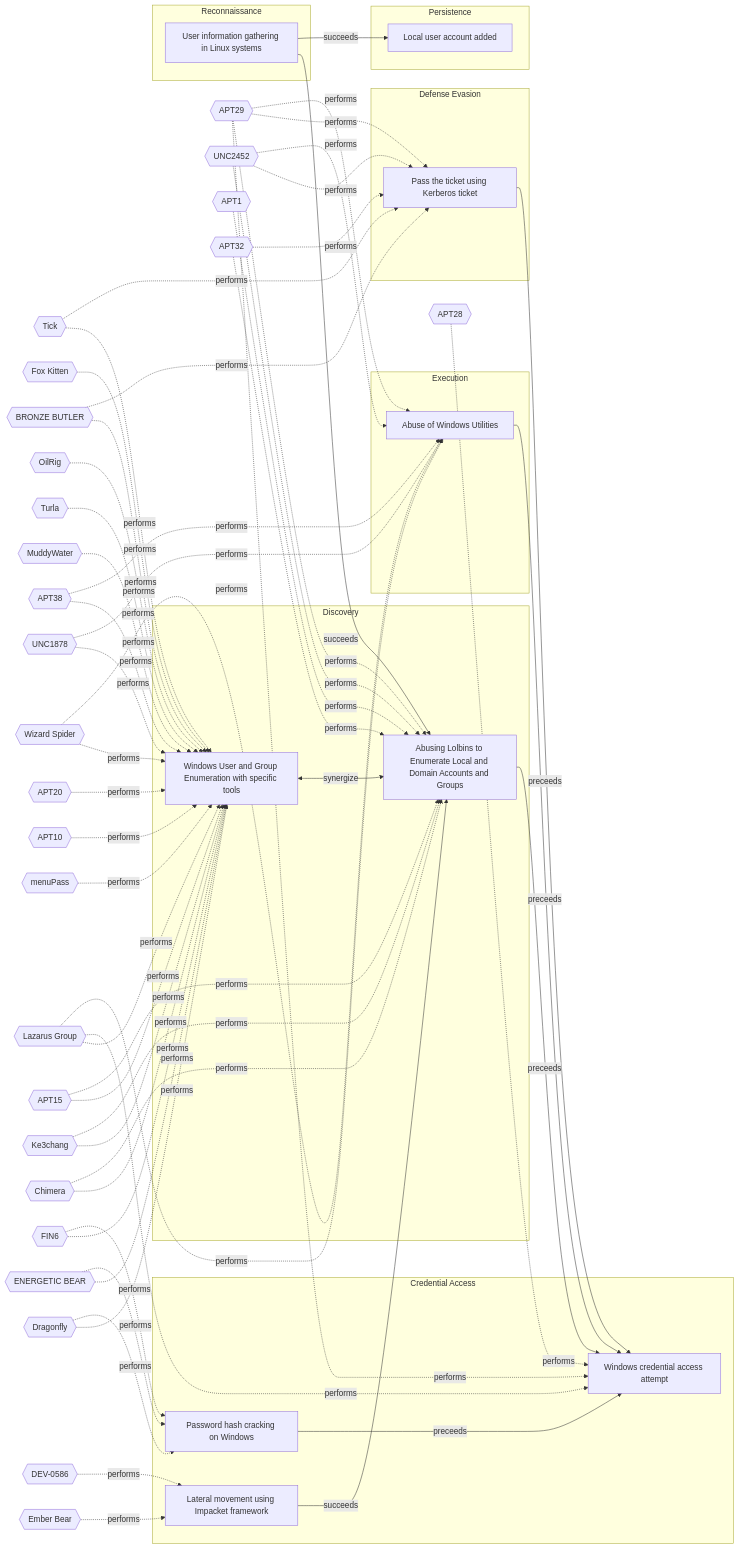
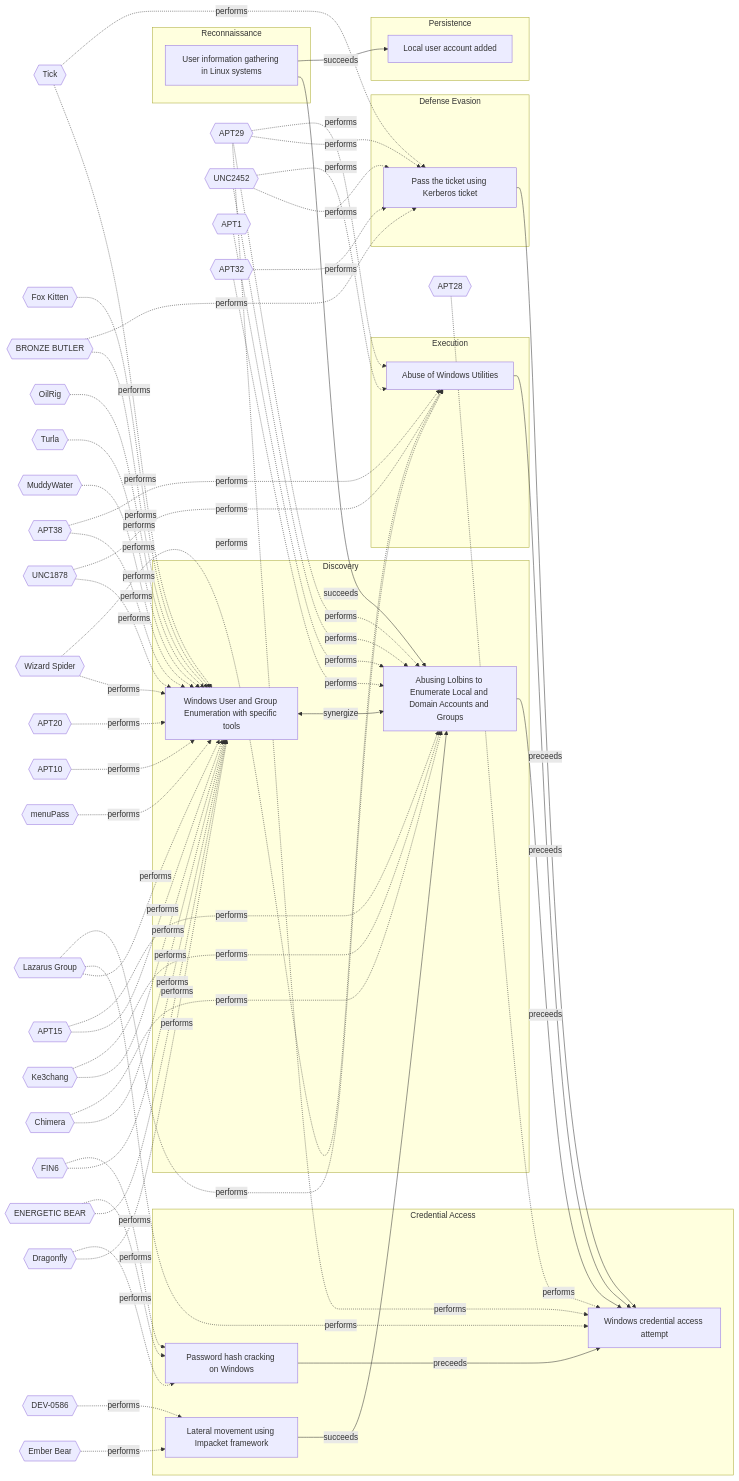
Before and after one commit to OpenTideHQ/WikiTide: the diagram in Models/Threat Vectors/☣️ Abusing Lolbins to Enumerate Local and Domain Accounts and Groups.md, drawn with Mermaid. The commit also changed other lines of this file and 62 other files, not shown here.

````diff
--- a/Models/Threat Vectors/☣️ Abusing Lolbins to Enumerate Local and Domain Accounts and Groups.md
+++ b/Models/Threat Vectors/☣️ Abusing Lolbins to Enumerate Local and Domain Accounts and Groups.md
@@ -126,34 +126,34 @@
 
 fe243f7f-ffc5-49c0-94e6-293ae2411ad6[Windows User and Group Enumeration with specific tools]
 3b1026c6-7d04-4b91-ba6f-abc68e993616[Abusing Lolbins to Enumerate Local and Domain Accounts and Groups]
+8bc82ff8-e106-4377-98f1-2cb912631ffa[User information gathering in Linux systems]
+e2d8ce6b-f21e-4444-a828-0c6b722a9c93[Local user account added]
+75415bc5-6615-487e-a69c-7a4ffc196996[Lateral movement using Impacket framework]
 d0522985-6001-4e25-a5ff-2dc87bf2fee8[Windows credential access attempt]
 35c76d6c-2ac7-486e-b0b7-b56f6b110bec[Password hash cracking on Windows]
 03cc9593-e7cf-484b-ae9c-684bf6f7199f[Pass the ticket using Kerberos ticket]
 d5039f2c-9fcc-4ba3-ad6a-da8c891ba745[Abuse of Windows Utilities]
-8bc82ff8-e106-4377-98f1-2cb912631ffa[User information gathering in Linux systems]
-e2d8ce6b-f21e-4444-a828-0c6b722a9c93[Local user account added]
-75415bc5-6615-487e-a69c-7a4ffc196996[Lateral movement using Impacket framework]
 
 subgraph Discovery
 fe243f7f-ffc5-49c0-94e6-293ae2411ad6
 3b1026c6-7d04-4b91-ba6f-abc68e993616
 end
+subgraph Reconnaissance
+8bc82ff8-e106-4377-98f1-2cb912631ffa
+end
+subgraph Persistence
+e2d8ce6b-f21e-4444-a828-0c6b722a9c93
+end
 subgraph Credential Access
+75415bc5-6615-487e-a69c-7a4ffc196996
 d0522985-6001-4e25-a5ff-2dc87bf2fee8
 35c76d6c-2ac7-486e-b0b7-b56f6b110bec
-75415bc5-6615-487e-a69c-7a4ffc196996
 end
 subgraph Defense Evasion
 03cc9593-e7cf-484b-ae9c-684bf6f7199f
 end
 subgraph Execution
 d5039f2c-9fcc-4ba3-ad6a-da8c891ba745
-end
-subgraph Reconnaissance
-8bc82ff8-e106-4377-98f1-2cb912631ffa
-end
-subgraph Persistence
-e2d8ce6b-f21e-4444-a828-0c6b722a9c93
 end
 
 WizardSpider{{Wizard Spider}}
@@ -179,9 +179,9 @@
 UNC2452{{UNC2452}}
 APT1{{APT1}}
 APT32{{APT32}}
-APT28{{APT28}}
 EmberBear{{Ember Bear}}
 DEV-0586{{DEV-0586}}
+APT28{{APT28}}
 
 WizardSpider -.-> |performs| fe243f7f-ffc5-49c0-94e6-293ae2411ad6
 UNC1878 -.-> |performs| fe243f7f-ffc5-49c0-94e6-293ae2411ad6
@@ -209,6 +209,8 @@
 APT32 -.-> |performs| 3b1026c6-7d04-4b91-ba6f-abc68e993616
 Ke3chang -.-> |performs| 3b1026c6-7d04-4b91-ba6f-abc68e993616
 APT15 -.-> |performs| 3b1026c6-7d04-4b91-ba6f-abc68e993616
+EmberBear -.-> |performs| 75415bc5-6615-487e-a69c-7a4ffc196996
+DEV-0586 -.-> |performs| 75415bc5-6615-487e-a69c-7a4ffc196996
 APT29 -.-> |performs| d0522985-6001-4e25-a5ff-2dc87bf2fee8
 APT28 -.-> |performs| d0522985-6001-4e25-a5ff-2dc87bf2fee8
 LazarusGroup -.-> |performs| d0522985-6001-4e25-a5ff-2dc87bf2fee8
@@ -226,16 +228,14 @@
 UNC1878 -.-> |performs| d5039f2c-9fcc-4ba3-ad6a-da8c891ba745
 APT38 -.-> |performs| d5039f2c-9fcc-4ba3-ad6a-da8c891ba745
 LazarusGroup -.-> |performs| d5039f2c-9fcc-4ba3-ad6a-da8c891ba745
-EmberBear -.-> |performs| 75415bc5-6615-487e-a69c-7a4ffc196996
-DEV-0586 -.-> |performs| 75415bc5-6615-487e-a69c-7a4ffc196996
 
 fe243f7f-ffc5-49c0-94e6-293ae2411ad6 <-->|synergize| 3b1026c6-7d04-4b91-ba6f-abc68e993616
+8bc82ff8-e106-4377-98f1-2cb912631ffa -->|succeeds| 3b1026c6-7d04-4b91-ba6f-abc68e993616
+8bc82ff8-e106-4377-98f1-2cb912631ffa -->|succeeds| e2d8ce6b-f21e-4444-a828-0c6b722a9c93
+75415bc5-6615-487e-a69c-7a4ffc196996 -->|succeeds| 3b1026c6-7d04-4b91-ba6f-abc68e993616
 3b1026c6-7d04-4b91-ba6f-abc68e993616 -->|preceeds| d0522985-6001-4e25-a5ff-2dc87bf2fee8
 35c76d6c-2ac7-486e-b0b7-b56f6b110bec -->|preceeds| d0522985-6001-4e25-a5ff-2dc87bf2fee8
 03cc9593-e7cf-484b-ae9c-684bf6f7199f -->|preceeds| d0522985-6001-4e25-a5ff-2dc87bf2fee8
 d5039f2c-9fcc-4ba3-ad6a-da8c891ba745 -->|preceeds| d0522985-6001-4e25-a5ff-2dc87bf2fee8
-8bc82ff8-e106-4377-98f1-2cb912631ffa -->|succeeds| 3b1026c6-7d04-4b91-ba6f-abc68e993616
-8bc82ff8-e106-4377-98f1-2cb912631ffa -->|succeeds| e2d8ce6b-f21e-4444-a828-0c6b722a9c93
-75415bc5-6615-487e-a69c-7a4ffc196996 -->|succeeds| 3b1026c6-7d04-4b91-ba6f-abc68e993616
 
 ```
````
